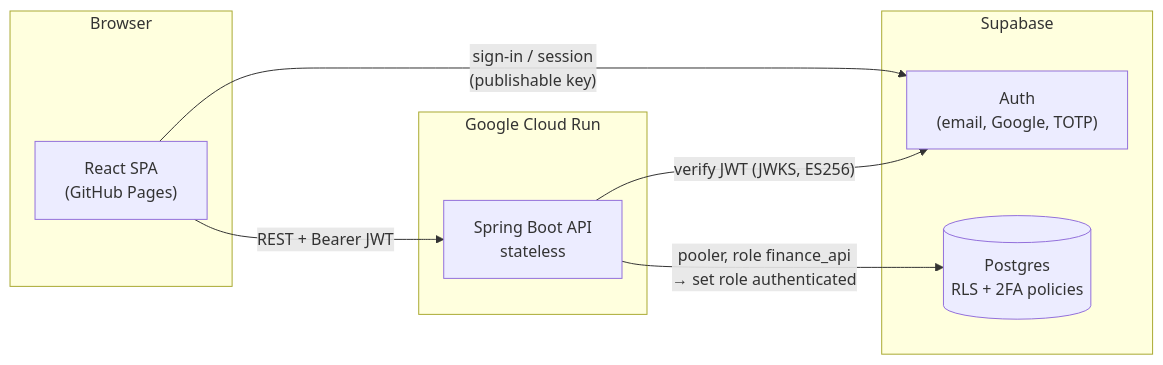
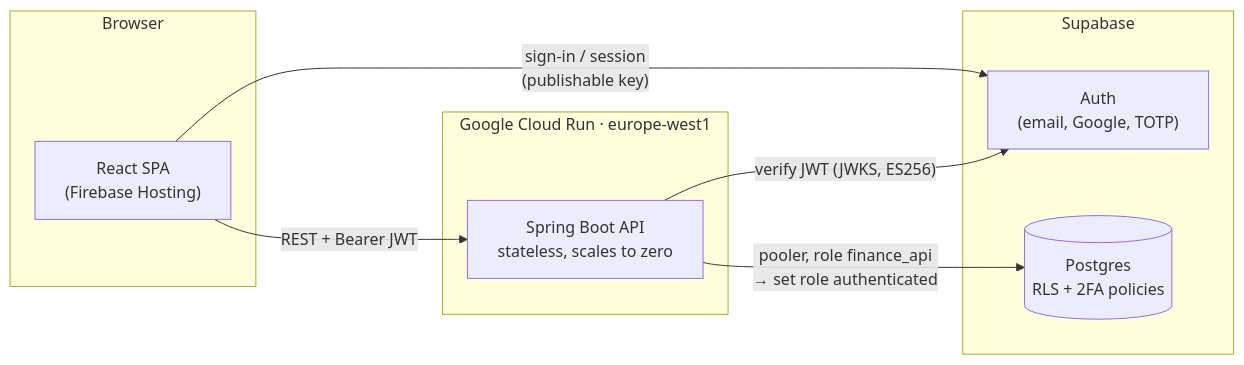
Before and after one commit to Dooney-dotcom/Finance-Tracker: the diagram in README.md, drawn with Mermaid. The commit also changed other lines of this file and 6 other files, not shown here.

First line of the commit message:
Deploy to Google Cloud: Cloud Run API, Firebase Hosting SPA, GitHub Actions

````diff
--- a/README.md
+++ b/README.md
@@ -108,18 +111,18 @@
 ```mermaid
 flowchart LR
     subgraph Browser
-        SPA["React SPA<br/>(GitHub Pages)"]
+        SPA["React SPA<br/>(Firebase Hosting)"]
     end
-    subgraph Google Cloud Run
-        API["Spring Boot API<br/>stateless"]
+    subgraph GCR["Google Cloud Run · europe-west1"]
+        API["Spring Boot API<br/>stateless, scales to zero"]
     end
     subgraph Supabase
         AUTH["Auth<br/>(email, Google, TOTP)"]
         DB[("Postgres<br/>RLS + 2FA policies")]
     end
 
     SPA -- "sign-in / session<br/>(publishable key)" --> AUTH
     SPA -- "REST + Bearer JWT" --> API
     API -- "verify JWT (JWKS, ES256)" --> AUTH
     API -- "pooler, role finance_api<br/>→ set role authenticated" --> DB
 ```
````
